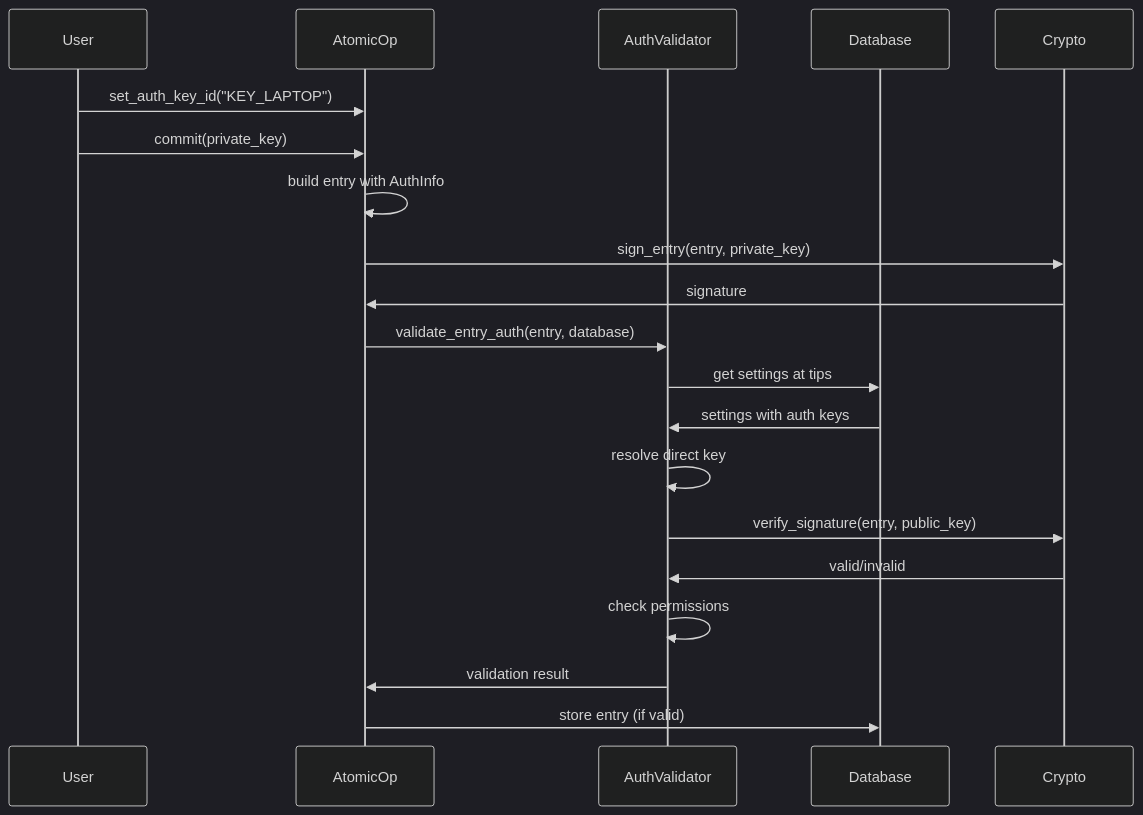
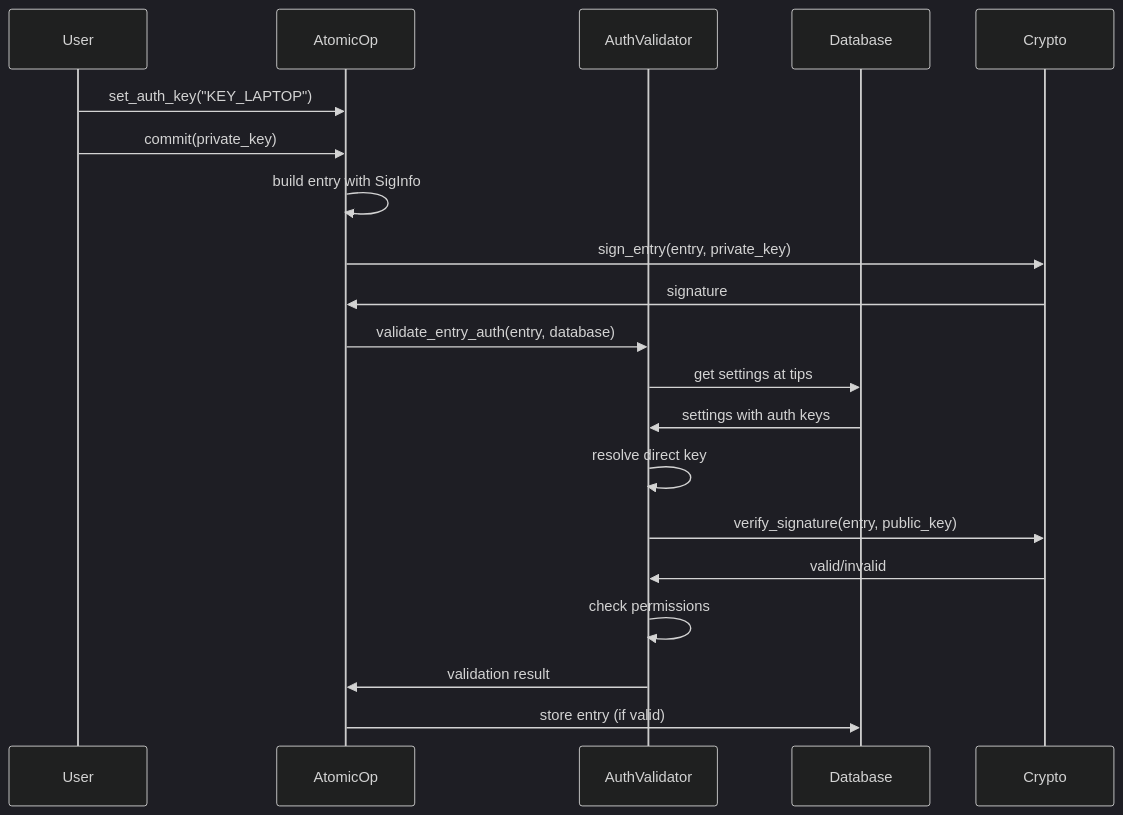
Before and after one commit to arcuru/eidetica: the second of 2 diagrams in docs/src/internal/core_components/authentication.md, drawn with Mermaid (dark theme). The commit also changed 4 other files, not shown here.

Commit message:
refactor: remove deprecated auth methods from EntryBuilder

````diff
--- a/docs/src/internal/core_components/authentication.md
+++ b/docs/src/internal/core_components/authentication.md
@@ -89,23 +89,23 @@
 ```mermaid
 sequenceDiagram
     participant User
     participant AtomicOp
     participant AuthValidator
     participant Database
     participant Crypto
 
-    User->>AtomicOp: set_auth_key_id("KEY_LAPTOP")
+    User->>AtomicOp: set_auth_key("KEY_LAPTOP")
     User->>AtomicOp: commit(private_key)
-    AtomicOp->>AtomicOp: build entry with AuthInfo
+    AtomicOp->>AtomicOp: build entry with SigInfo
     AtomicOp->>Crypto: sign_entry(entry, private_key)
     Crypto->>AtomicOp: signature
     AtomicOp->>AuthValidator: validate_entry_auth(entry, database)
     AuthValidator->>Database: get settings at tips
     Database->>AuthValidator: settings with auth keys
     AuthValidator->>AuthValidator: resolve direct key
     AuthValidator->>Crypto: verify_signature(entry, public_key)
     Crypto->>AuthValidator: valid/invalid
     AuthValidator->>AuthValidator: check permissions
     AuthValidator->>AtomicOp: validation result
     AtomicOp->>Database: store entry (if valid)
 ```
````
